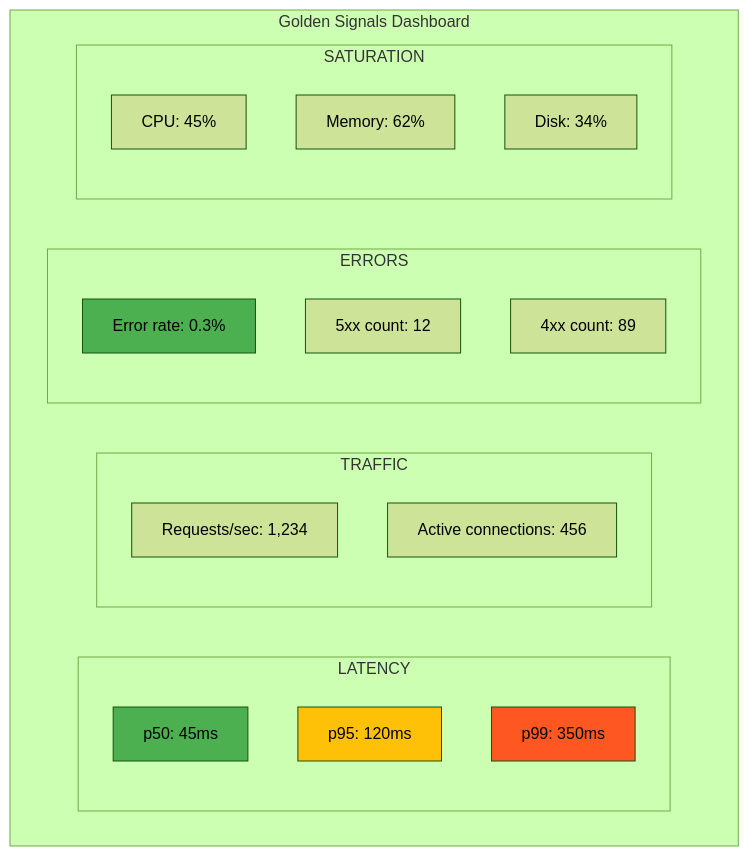
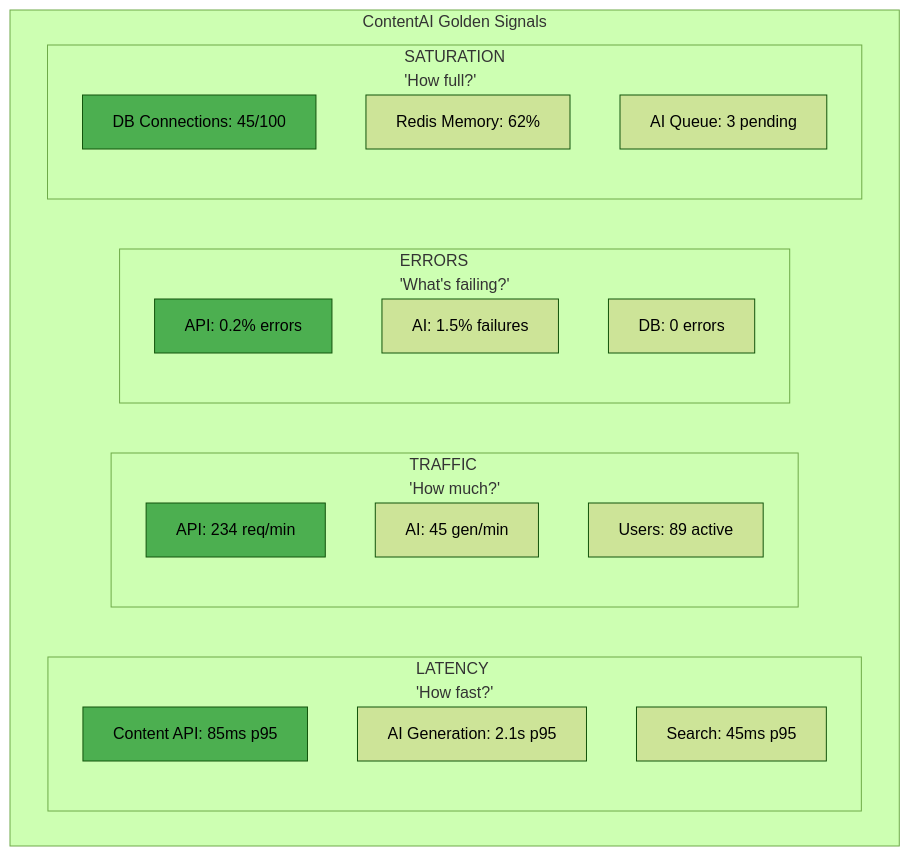
One commit to PearlThoughtsInternship/Internship-Obsidian-Vault changed diagram 11 of 11 in DevOps/03-Platform/02-Observability.md. Above: the diagram before and after it, drawn with Mermaid (forest theme). The commit also changed other lines of this file, not shown here.

First line of the commit message:
docs: Observability with ContentAI product context and stakeholder views

````diff
--- a/DevOps/03-Platform/02-Observability.md
+++ b/DevOps/03-Platform/02-Observability.md
@@ -550,32 +668,33 @@
 ```mermaid
 flowchart TB
-    subgraph Dashboard["Golden Signals Dashboard"]
-        subgraph Latency["LATENCY"]
-            L1["p50: 45ms"]
-            L2["p95: 120ms"]
-            L3["p99: 350ms"]
+    subgraph GoldenSignals["ContentAI Golden Signals"]
+        subgraph Latency["LATENCY\n'How fast?'"]
+            L1["Content API: 85ms p95"]
+            L2["AI Generation: 2.1s p95"]
+            L3["Search: 45ms p95"]
         end
 
-        subgraph Traffic["TRAFFIC"]
-            T1["Requests/sec: 1,234"]
-            T2["Active connections: 456"]
+        subgraph Traffic["TRAFFIC\n'How much?'"]
+            T1["API: 234 req/min"]
+            T2["AI: 45 gen/min"]
+            T3["Users: 89 active"]
         end
 
-        subgraph Errors["ERRORS"]
-            E1["Error rate: 0.3%"]
-            E2["5xx count: 12"]
-            E3["4xx count: 89"]
+        subgraph Errors["ERRORS\n'What's failing?'"]
+            E1["API: 0.2% errors"]
+            E2["AI: 1.5% failures"]
+            E3["DB: 0 errors"]
         end
 
-        subgraph Saturation["SATURATION"]
-            S1["CPU: 45%"]
-            S2["Memory: 62%"]
-            S3["Disk: 34%"]
+        subgraph Saturation["SATURATION\n'How full?'"]
+            S1["DB Connections: 45/100"]
+            S2["Redis Memory: 62%"]
+            S3["AI Queue: 3 pending"]
         end
     end
 
     style L1 fill:#4CAF50
-    style L2 fill:#FFC107
-    style L3 fill:#FF5722
+    style T1 fill:#4CAF50
     style E1 fill:#4CAF50
+    style S1 fill:#4CAF50
 ```
````
